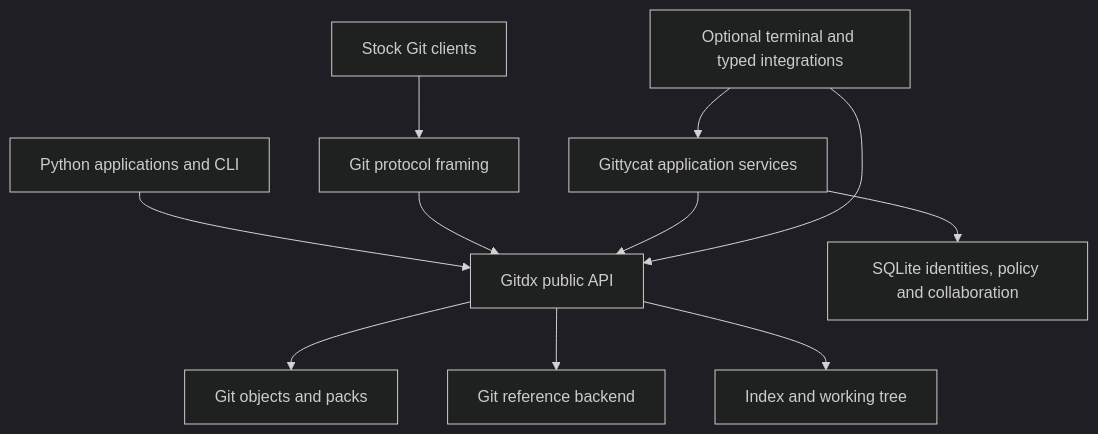
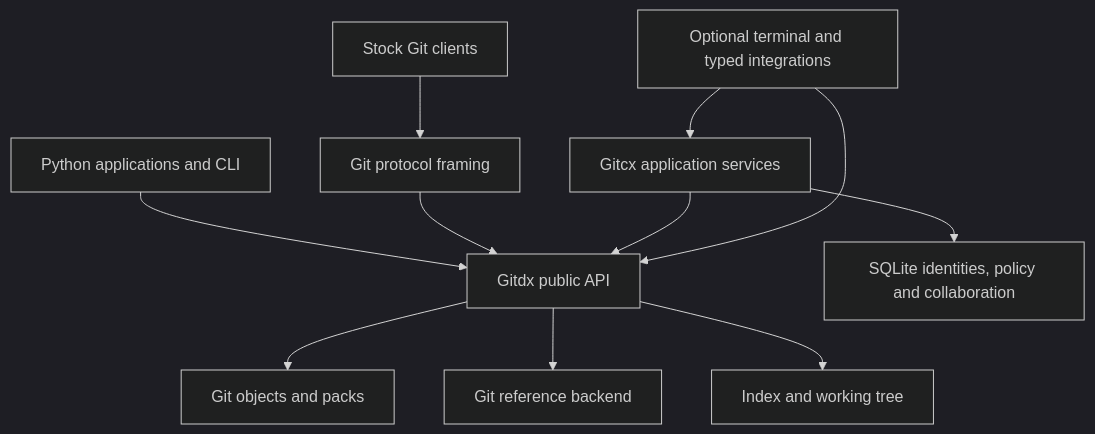
The diagram in IMPLEMENTATION_PLAN.md (wispsy/gitdx), drawn with Mermaid (dark theme) before and after one commit. The commit also changed other lines of this file and 4 other files, not shown here.

````diff
--- a/IMPLEMENTATION_PLAN.md
+++ b/IMPLEMENTATION_PLAN.md
@@ -102,13 +102,13 @@
 ```mermaid
 flowchart TB
     Python[Python applications and CLI] --> DX[Gitdx public API]
     Clients[Stock Git clients] --> Protocol[Git protocol framing]
     Protocol --> DX
-    Forge[Gittycat application services] --> DX
+    Forge[Gitcx application services] --> DX
     Forge --> Catalog[SQLite identities, policy and collaboration]
     DX --> Objects[Git objects and packs]
     DX --> Refs[Git reference backend]
     DX --> Worktree[Index and working tree]
     UI[Optional terminal and typed integrations] --> Forge
     UI --> DX
 ```
````
